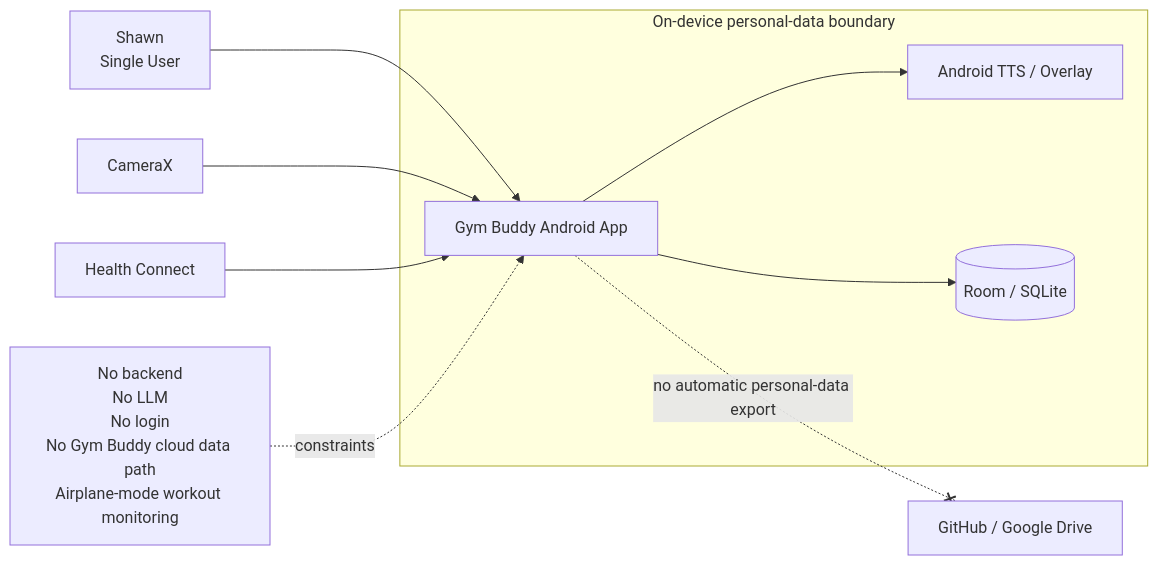
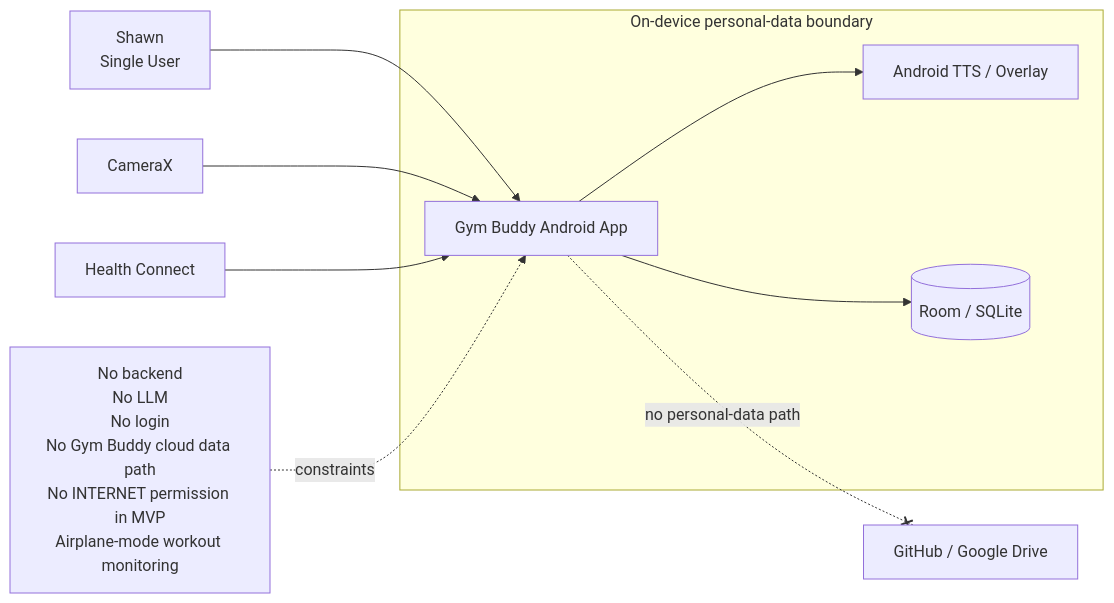
One commit to lazerta/gym-buddy changed the first of 7 diagrams in docs/uml/OVERVIEW.md. Above: the diagram before and after it, drawn with Mermaid. The commit also changed other lines of this file, not shown here.

Commit message:
UML v0.4: sync overview with reviewed architecture

````diff
--- a/docs/uml/OVERVIEW.md
+++ b/docs/uml/OVERVIEW.md
@@ -7,17 +7,17 @@
 ```mermaid
 flowchart LR
     U[Shawn\nSingle User] --> A[Gym Buddy Android App]
     C[CameraX] --> A
     H[Health Connect] --> A
     A --> T[Android TTS / Overlay]
     A --> D[(Room / SQLite)]
 
     subgraph OnDevice[On-device personal-data boundary]
       A
       T
       D
     end
 
-    N[No backend\nNo LLM\nNo login\nNo Gym Buddy cloud data path\nAirplane-mode workout monitoring] -. constraints .-> A
-    A -. no automatic personal-data export .-x G[GitHub / Google Drive]
+    N[No backend\nNo LLM\nNo login\nNo Gym Buddy cloud data path\nNo INTERNET permission in MVP\nAirplane-mode workout monitoring] -. constraints .-> A
+    A -. no personal-data path .-x G[GitHub / Google Drive]
 ```
````
